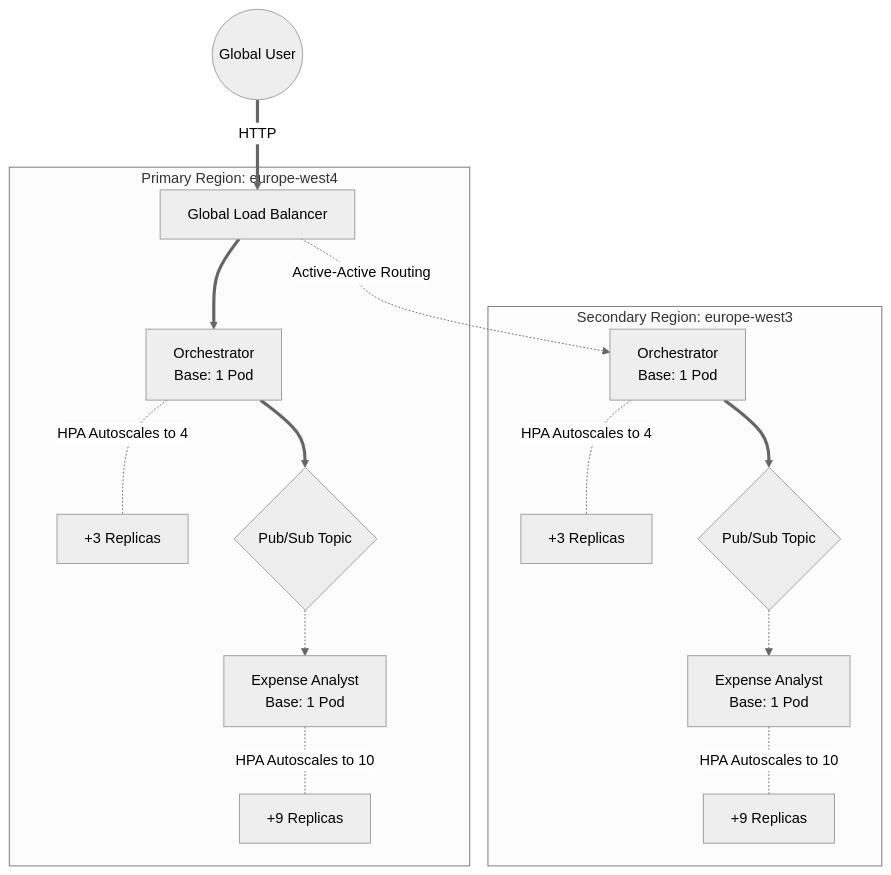
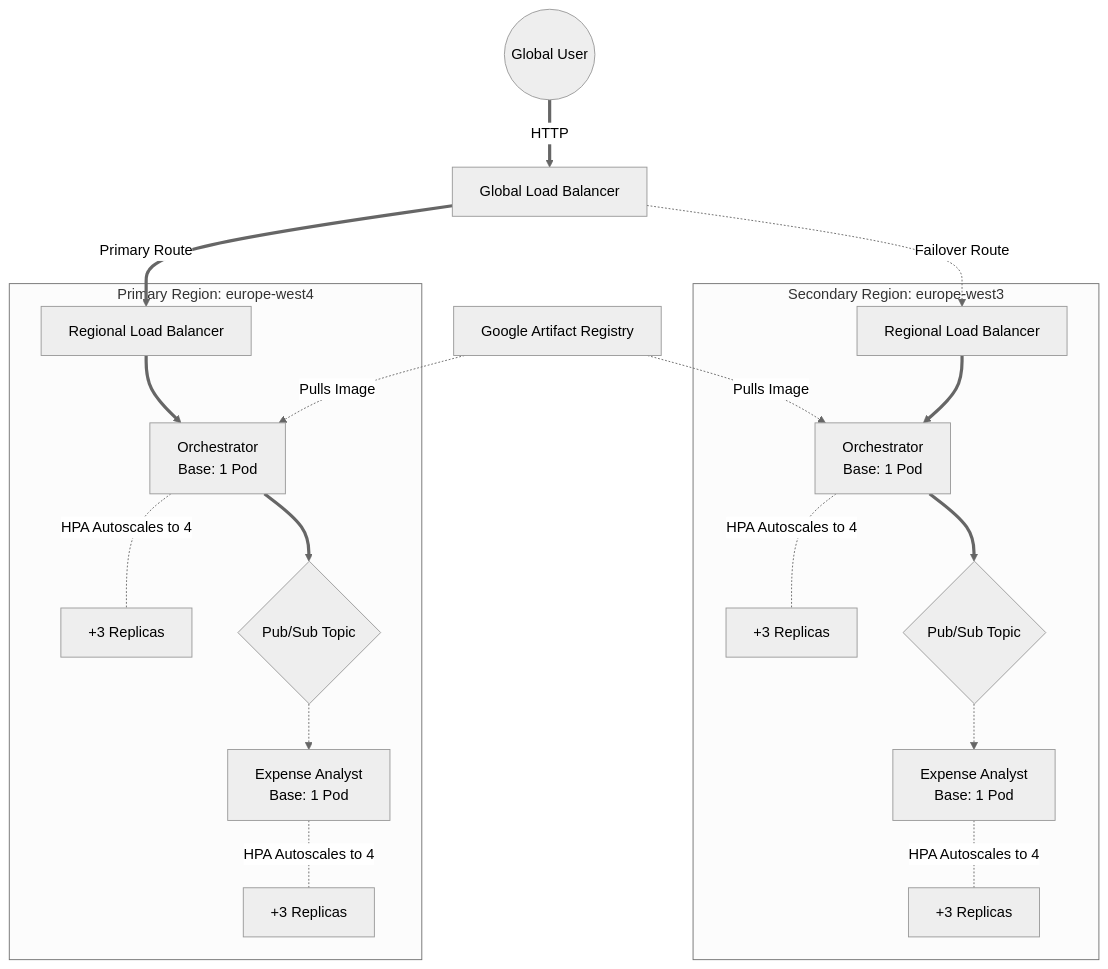
One commit to Eran-Meir/multi-agent-banking-mesh changed the second of 2 diagrams in README.md. Above: the diagram before and after it, drawn with Mermaid (neutral theme). The commit also changed other lines of this file and 3 other files, not shown here.

Commit message:
feat: Add Artifact Registry Cleanup Policy and update architecture diagrams

````diff
--- a/README.md
+++ b/README.md
@@ -86,20 +88,25 @@
 ```mermaid
 graph TD
     User((Global User)) ==> |HTTP| GLB[Global Load Balancer]
+    Artifacts[Google Artifact Registry] -.-> |Pulls Image| OrchP
+    Artifacts -.-> |Pulls Image| OrchS
+
+    GLB ==> |Primary Route| RLB_P[Regional Load Balancer]
+    GLB -.-> |Failover Route| RLB_S[Regional Load Balancer]
 
     subgraph Primary [Primary Region: europe-west4]
-        GLB ==> OrchP[Orchestrator<br/>Base: 1 Pod]
+        RLB_P ==> OrchP[Orchestrator<br/>Base: 1 Pod]
         OrchP -.- |HPA Autoscales to 4| OrchP_R[+3 Replicas]
         OrchP ==> TopicP{Pub/Sub Topic}
         TopicP -.-> AnalystP[Expense Analyst<br/>Base: 1 Pod]
-        AnalystP -.- |HPA Autoscales to 10| AnalystP_R[+9 Replicas]
+        AnalystP -.- |HPA Autoscales to 4| AnalystP_R[+3 Replicas]
     end
 
     subgraph Secondary [Secondary Region: europe-west3]
-        GLB -.-> |Active-Active Routing| OrchS[Orchestrator<br/>Base: 1 Pod]
+        RLB_S ==> OrchS[Orchestrator<br/>Base: 1 Pod]
         OrchS -.- |HPA Autoscales to 4| OrchS_R[+3 Replicas]
         OrchS ==> TopicS{Pub/Sub Topic}
         TopicS -.-> AnalystS[Expense Analyst<br/>Base: 1 Pod]
-        AnalystS -.- |HPA Autoscales to 10| AnalystS_R[+9 Replicas]
+        AnalystS -.- |HPA Autoscales to 4| AnalystS_R[+3 Replicas]
     end
 ```
````
